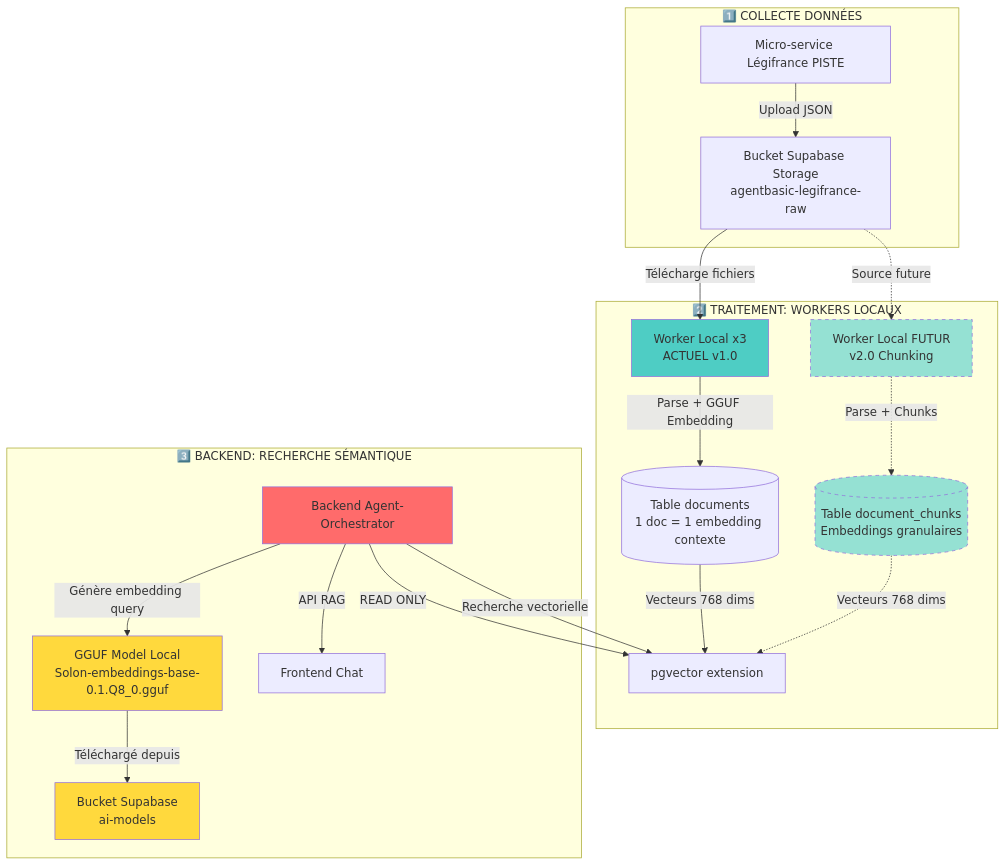
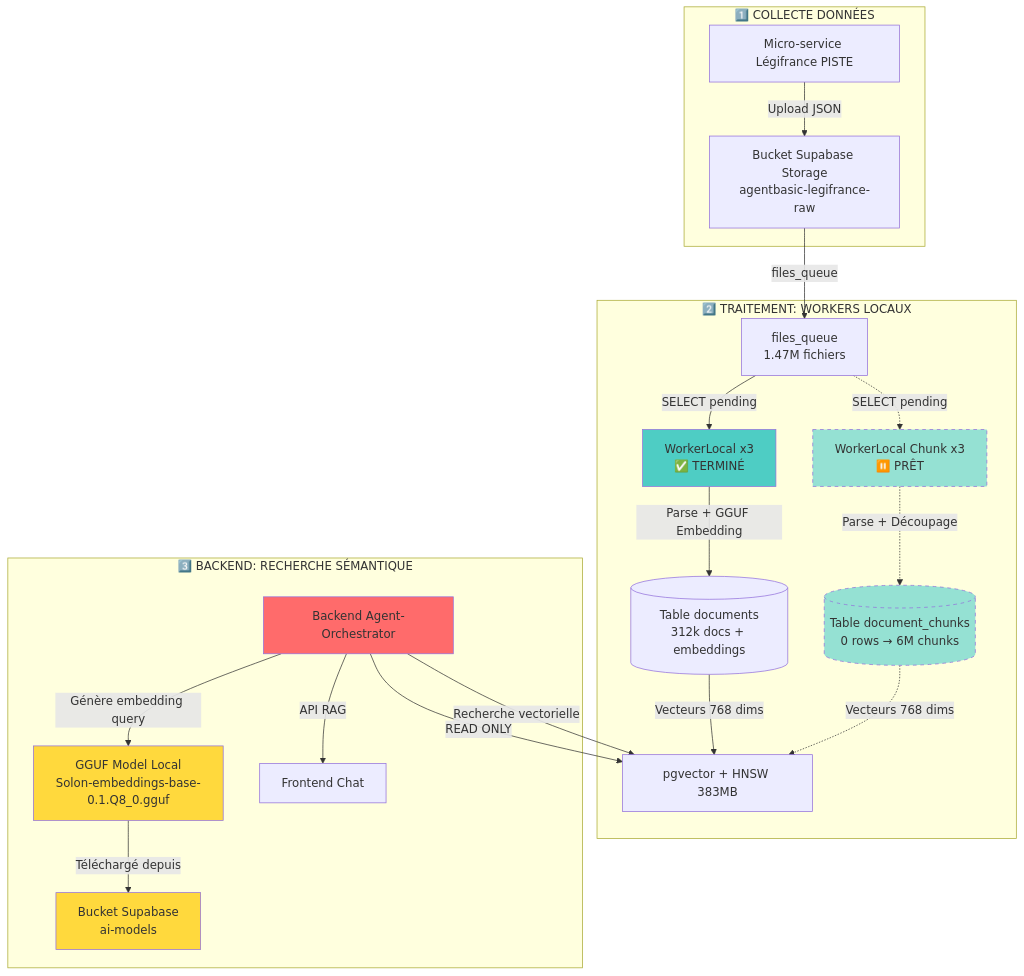
The first of 4 diagrams in 09-RAG-EMBEDDINGS.md (Volgine/Documentations-Projets-ArchiReg), drawn with Mermaid before and after one commit. The commit also changed other lines of this file and 3 other files, not shown here.

Commit message:
docs: Correction diagrammes Mermaid - Architecture réelle (3 Edge Functions, 2 Workers, files_queue, auto-sync, données actuelles)

````diff
--- a/09-RAG-EMBEDDINGS.md
+++ b/09-RAG-EMBEDDINGS.md
@@ -18,31 +18,32 @@
 ```mermaid
 graph TB
     subgraph "1️⃣ COLLECTE DONNÉES"
         A[Micro-service Légifrance PISTE] -->|Upload JSON| B[Bucket Supabase Storage<br/>agentbasic-legifrance-raw]
     end
     
     subgraph "2️⃣ TRAITEMENT: WORKERS LOCAUX"
-        B -->|Télécharge fichiers| C[Worker Local x3<br/>ACTUEL v1.0]
-        C -->|Parse + GGUF Embedding| D[(Table documents<br/>1 doc = 1 embedding contexte)]
-        D -->|Vecteurs 768 dims| E[pgvector extension]
+        B -->|files_queue| FQ[files_queue<br/>1.47M fichiers]
+        FQ -->|SELECT pending| C[WorkerLocal x3<br/>✅ TERMINÉ]
+        C -->|Parse + GGUF Embedding| D[(Table documents<br/>312k docs + embeddings)]
+        D -->|Vecteurs 768 dims| E[pgvector + HNSW 383MB]
         
-        H[Worker Local FUTUR<br/>v2.0 Chunking] -.->|Parse + Chunks| I[(Table document_chunks<br/>Embeddings granulaires)]
-        B -.->|Source future| H
+        FQ -.->|SELECT pending| H[WorkerLocal Chunk x3<br/>⏸️ PRÊT]
+        H -.->|Parse + Découpage| I[(Table document_chunks<br/>0 rows → 6M chunks)]
         I -.->|Vecteurs 768 dims| E
     end
     
     subgraph "3️⃣ BACKEND: RECHERCHE SÉMANTIQUE"
         F[Backend Agent-Orchestrator] -->|READ ONLY| E
         F -->|Génère embedding query| K[GGUF Model Local<br/>Solon-embeddings-base-0.1.Q8_0.gguf]
         K -->|Téléchargé depuis| L[Bucket Supabase<br/>ai-models]
         F -->|Recherche vectorielle| E
         F -->|API RAG| G[Frontend Chat]
     end
     
     style C fill:#4ecdc4
     style F fill:#ff6b6b
     style H fill:#95e1d3,stroke-dasharray: 5 5
     style I fill:#95e1d3,stroke-dasharray: 5 5
     style K fill:#ffd93d
     style L fill:#ffd93d
 ```
````
